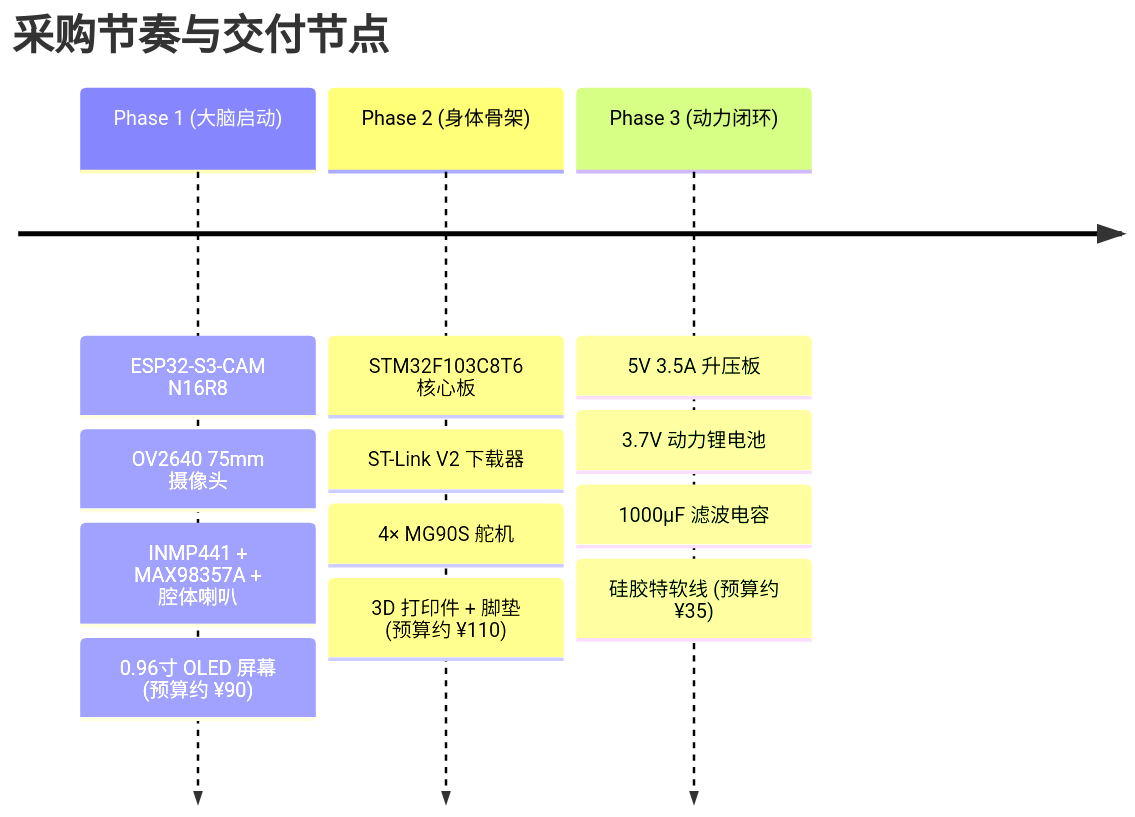
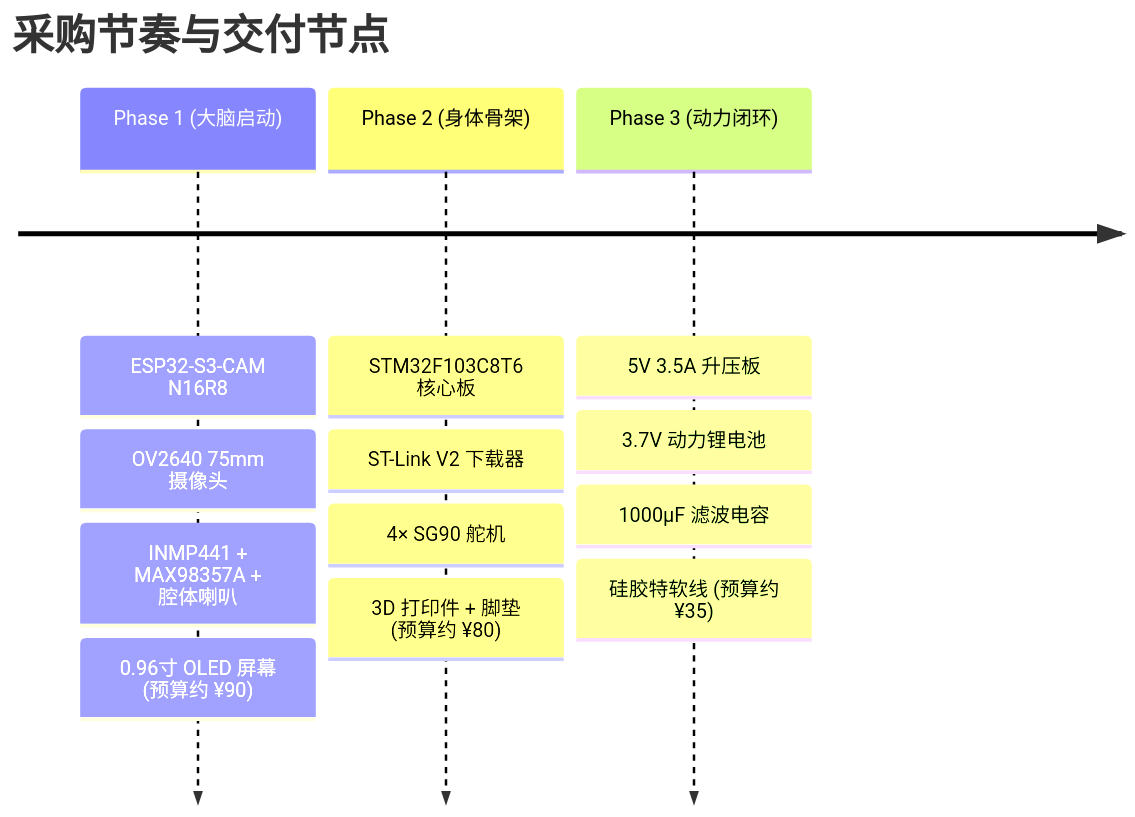
One commit to lllaaa999/- changed the diagram in docs/hardware/BOM.md. Above: the diagram before and after it, drawn with Mermaid. The commit also changed other lines of this file and 3 other files, not shown here.

````diff
--- a/docs/hardware/BOM.md
+++ b/docs/hardware/BOM.md
@@ -60,7 +62,7 @@
 ```mermaid
 timeline
     title 采购节奏与交付节点
     Phase 1 (大脑启动) : ESP32-S3-CAM N16R8 : OV2640 75mm 摄像头 : INMP441 + MAX98357A + 腔体喇叭 : 0.96寸 OLED 屏幕 (预算约 ¥90)
-    Phase 2 (身体骨架) : STM32F103C8T6 核心板 : ST-Link V2 下载器 : 4× MG90S 舵机 : 3D 打印件 + 脚垫 (预算约 ¥110)
+    Phase 2 (身体骨架) : STM32F103C8T6 核心板 : ST-Link V2 下载器 : 4× SG90 舵机 : 3D 打印件 + 脚垫 (预算约 ¥80)
     Phase 3 (动力闭环) : 5V 3.5A 升压板 : 3.7V 动力锂电池 : 1000µF 滤波电容 : 硅胶特软线 (预算约 ¥35)
 ```
````
